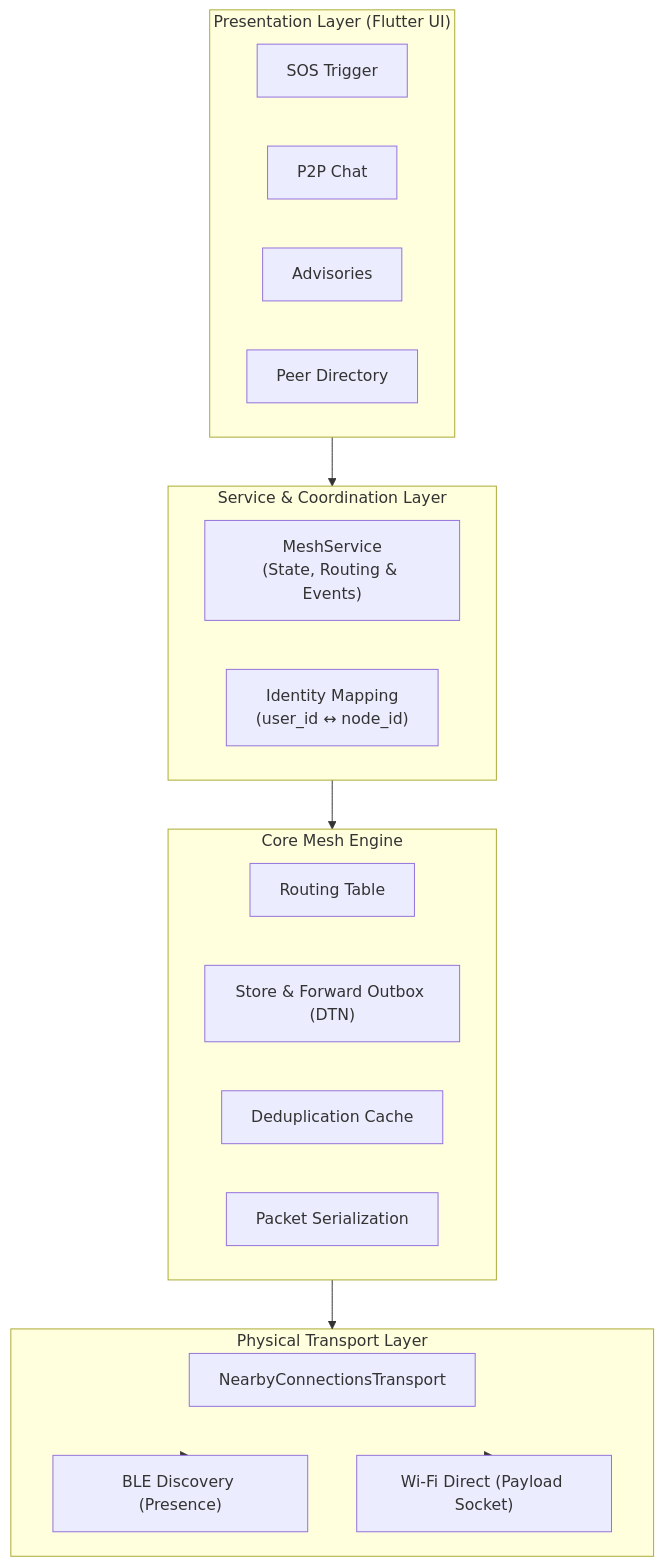
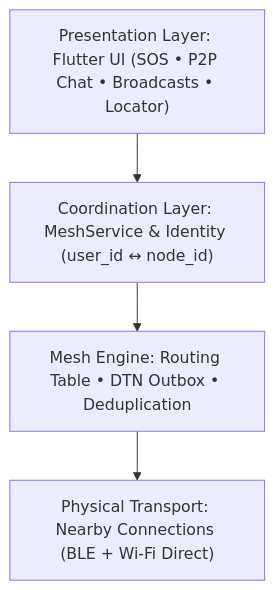
The second of 4 diagrams in README.md (angelverman2021-a11y/sahara), drawn with Mermaid before and after one commit. The commit also changed other lines of this file, not shown here.

Commit message:
docs: streamline and compact diagrams in README

````diff
--- a/README.md
+++ b/README.md
@@ -113,34 +97,9 @@
 ```mermaid
 graph TD
-    subgraph UI ["Presentation Layer (Flutter UI)"]
-        direction LR
-        SOS["SOS Trigger"]
-        CHAT["P2P Chat"]
-        BCAST["Advisories"]
-        LOC["Peer Directory"]
-    end
+    UI["Presentation Layer: Flutter UI (SOS • P2P Chat • Broadcasts • Locator)"]
+    Service["Coordination Layer: MeshService & Identity (user_id ↔ node_id)"]
+    Engine["Mesh Engine: Routing Table • DTN Outbox • Deduplication"]
+    Transport["Physical Transport: Nearby Connections (BLE + Wi-Fi Direct)"]
 
-    subgraph Service ["Service & Coordination Layer"]
-        MS["MeshService<br/>(State, Routing & Events)"]
-        IS["Identity Mapping<br/>(user_id ↔ node_id)"]
-    end
-
-    subgraph Engine ["Core Mesh Engine"]
-        RT["Routing Table"]
-        SF["Store & Forward Outbox (DTN)"]
-        DEDUP["Deduplication Cache"]
-        CODEC["Packet Serialization"]
-    end
-
-    subgraph Transport ["Physical Transport Layer"]
-        NCT["NearbyConnectionsTransport"]
-        BLE["BLE Discovery (Presence)"]
-        WIFI["Wi-Fi Direct (Payload Socket)"]
-    end
-
-    UI --> Service
-    Service --> Engine
-    Engine --> Transport
-    Transport --> BLE
-    Transport --> WIFI
+    UI --> Service --> Engine --> Transport
 ```
````
